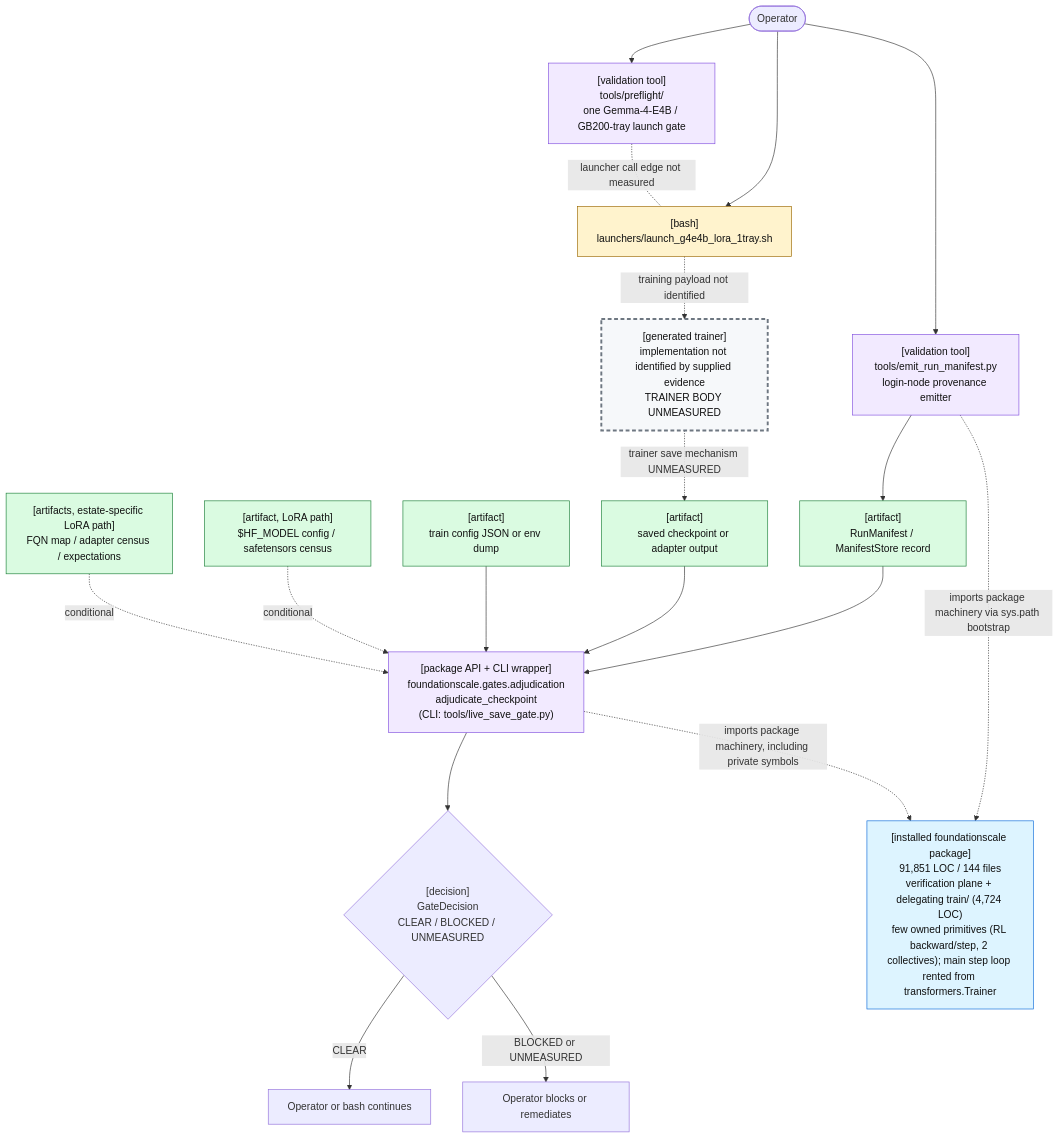
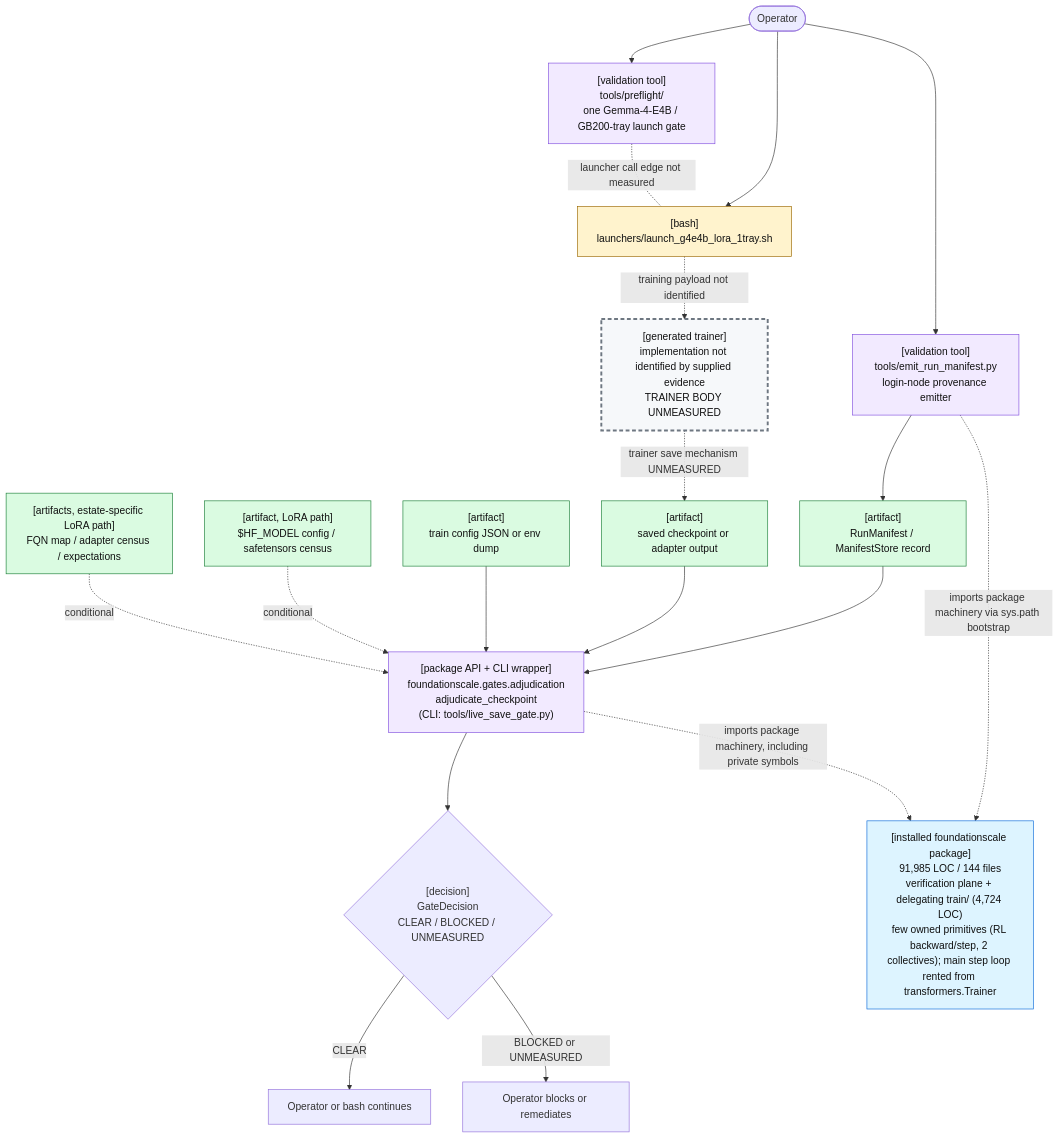
The first of 2 diagrams in docs/review/D2_current_architecture.md (TranNhiem/FoundationScale), drawn with Mermaid before and after one commit. The commit also changed other lines of this file and 15 other files, not shown here.

````diff
--- a/docs/review/D2_current_architecture.md
+++ b/docs/review/D2_current_architecture.md
@@ -25,59 +25,59 @@
 ```mermaid
 flowchart TB
   O(["Operator"])
 
   PF["[validation tool]<br/>tools/preflight/<br/>one Gemma-4-E4B / GB200-tray launch gate"]
   L["[bash]<br/>launchers/launch_g4e4b_lora_1tray.sh"]
 
   E["[validation tool]<br/>tools/emit_run_manifest.py<br/>login-node provenance emitter"]
   M["[artifact]<br/>RunManifest / ManifestStore record"]
 
   T["[generated trainer]<br/>implementation not identified by supplied evidence<br/>TRAINER BODY UNMEASURED"]
   C["[artifact]<br/>saved checkpoint or adapter output"]
 
   G["[package API + CLI wrapper]<br/>foundationscale.gates.adjudication<br/>adjudicate_checkpoint<br/>(CLI: tools/live_save_gate.py)"]
   CFG["[artifact]<br/>train config JSON or env dump"]
   BASE["[artifact, LoRA path]<br/>$HF_MODEL config / safetensors census"]
   CEN["[artifacts, estate-specific LoRA path]<br/>FQN map / adapter census / expectations"]
 
   D{"[decision]<br/>GateDecision<br/>CLEAR / BLOCKED / UNMEASURED"}
   OK["Operator or bash continues"]
   NO["Operator blocks or remediates"]
 
-  PKG["[installed foundationscale package]<br/>91,851 LOC / 144 files<br/>verification plane + delegating train/ (4,724 LOC)<br/>few owned primitives (RL backward/step, 2 collectives); main step loop rented from transformers.Trainer"]
+  PKG["[installed foundationscale package]<br/>91,985 LOC / 144 files<br/>verification plane + delegating train/ (4,724 LOC)<br/>few owned primitives (RL backward/step, 2 collectives); main step loop rented from transformers.Trainer"]
 
   O --> PF
   O --> L
   PF -. "launcher call edge not measured" .- L
 
   O --> E
   E --> M
 
   L -. "training payload not identified" .-> T
   T -. "trainer save mechanism UNMEASURED" .-> C
 
   M --> G
   C --> G
   CFG --> G
   BASE -. "conditional" .-> G
   CEN -. "conditional" .-> G
 
   E -. "imports package machinery via sys.path bootstrap" .-> PKG
   G -. "imports package machinery, including private symbols" .-> PKG
 
   G --> D
   D -->|"CLEAR"| OK
   D -->|"BLOCKED or UNMEASURED"| NO
 
   classDef bash fill:#fff3cd,stroke:#9a6700,color:#111;
   classDef tool fill:#f2eaff,stroke:#8250df,color:#111;
   classDef artifact fill:#dafbe1,stroke:#1a7f37,color:#111;
   classDef gap fill:#f6f8fa,stroke:#6e7781,stroke-width:3px,stroke-dasharray: 6 4,color:#111;
   classDef pkg fill:#ddf4ff,stroke:#0969da,color:#111;
 
   class L bash;
   class PF,E,G tool;
   class M,C,CFG,BASE,CEN artifact;
   class T gap;
   class PKG pkg;
 ```
````
